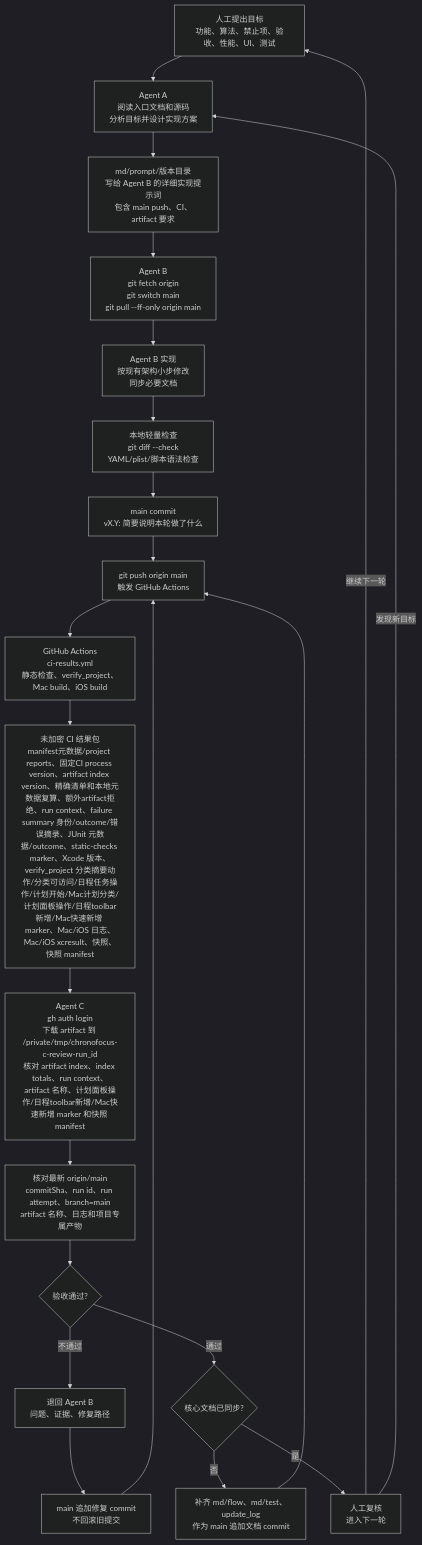
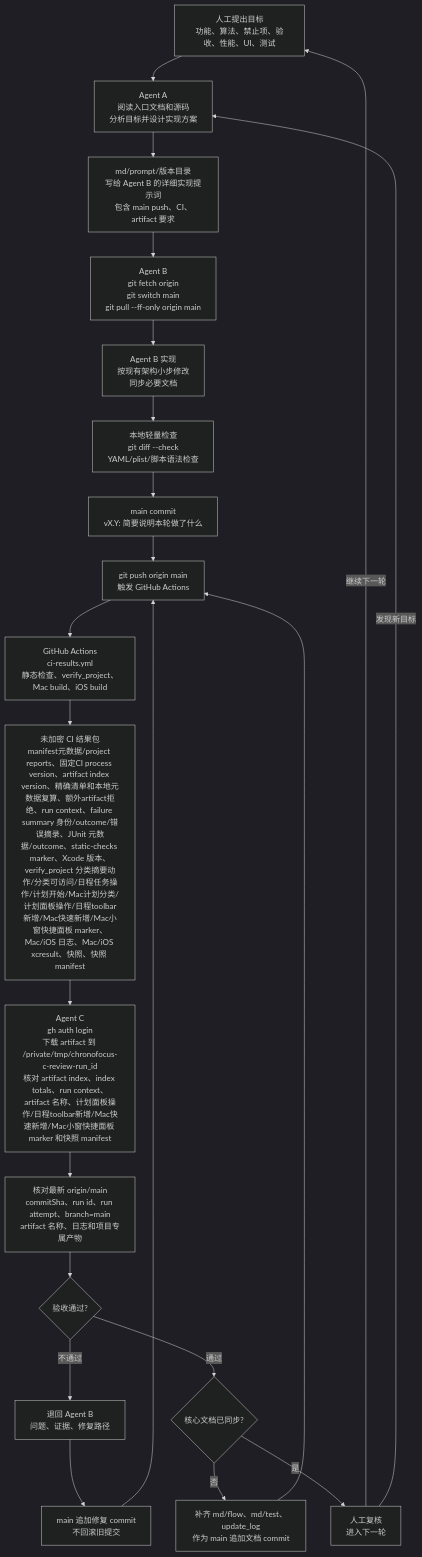
One commit to Altman-sam114/114 changed the fifth of 6 diagrams in md/flow/flowchart.md. Above: the diagram before and after it, drawn with Mermaid (dark theme). The commit also changed other lines of this file and 8 other files, not shown here.

````diff
--- a/md/flow/flowchart.md
+++ b/md/flow/flowchart.md
@@ -102,24 +102,24 @@
 ```mermaid
 flowchart TD
   H["人工提出目标<br/>功能、算法、禁止项、验收、性能、UI、测试"] --> A["Agent A<br/>阅读入口文档和源码<br/>分析目标并设计实现方案"]
   A --> P["md/prompt/版本目录<br/>写给 Agent B 的详细实现提示词<br/>包含 main push、CI、artifact 要求"]
   P --> B0["Agent B<br/>git fetch origin<br/>git switch main<br/>git pull --ff-only origin main"]
   B0 --> B1["Agent B 实现<br/>按现有架构小步修改<br/>同步必要文档"]
   B1 --> L["本地轻量检查<br/>git diff --check<br/>YAML/plist/脚本语法检查"]
   L --> G["main commit<br/>vX.Y: 简要说明本轮做了什么"]
   G --> PUSH["git push origin main<br/>触发 GitHub Actions"]
   PUSH --> CI["GitHub Actions<br/>ci-results.yml<br/>静态检查、verify_project、Mac build、iOS build"]
-  CI --> ART["未加密 CI 结果包<br/>manifest元数据/project reports、固定CI process version、artifact index version、精确清单和本地元数据复算、额外artifact拒绝、run context、failure summary 身份/outcome/错误摘录、JUnit 元数据/outcome、static-checks marker、Xcode 版本、verify_project 分类摘要动作/分类可访问/日程任务操作/计划开始/Mac计划分类/计划面板操作/日程toolbar新增/Mac快速新增 marker、Mac/iOS 日志、Mac/iOS xcresult、快照、快照 manifest"]
-  ART --> C["Agent C<br/>gh auth login<br/>下载 artifact 到 /private/tmp/chronofocus-c-review-run_id<br/>核对 artifact index、index totals、run context、artifact 名称、计划面板操作/日程toolbar新增/Mac快速新增 marker 和快照 manifest"]
+  CI --> ART["未加密 CI 结果包<br/>manifest元数据/project reports、固定CI process version、artifact index version、精确清单和本地元数据复算、额外artifact拒绝、run context、failure summary 身份/outcome/错误摘录、JUnit 元数据/outcome、static-checks marker、Xcode 版本、verify_project 分类摘要动作/分类可访问/日程任务操作/计划开始/Mac计划分类/计划面板操作/日程toolbar新增/Mac快速新增/Mac小窗快捷面板 marker、Mac/iOS 日志、Mac/iOS xcresult、快照、快照 manifest"]
+  ART --> C["Agent C<br/>gh auth login<br/>下载 artifact 到 /private/tmp/chronofocus-c-review-run_id<br/>核对 artifact index、index totals、run context、artifact 名称、计划面板操作/日程toolbar新增/Mac快速新增/Mac小窗快捷面板 marker 和快照 manifest"]
   C --> V["核对最新 origin/main<br/>commitSha、run id、run attempt、branch=main<br/>artifact 名称、日志和项目专属产物"]
   V --> PASS{"验收通过?"}
   PASS -->|不通过| BACK["退回 Agent B<br/>问题、证据、修复路径"]
   BACK --> FIX["main 追加修复 commit<br/>不回滚旧提交"]
   FIX --> PUSH
   PASS -->|通过| DOC{"核心文档已同步?"}
   DOC -->|否| D["补齐 md/flow、md/test、update_log<br/>作为 main 追加文档 commit"]
   D --> PUSH
   DOC -->|是| J["人工复核<br/>进入下一轮"]
   J -->|继续下一轮| H
   J -->|发现新目标| A
 ```
````
